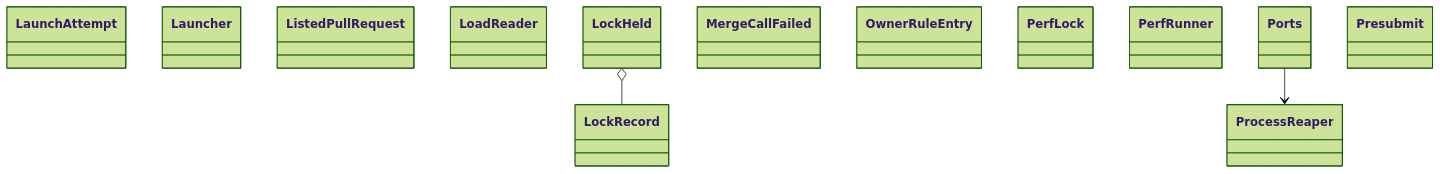
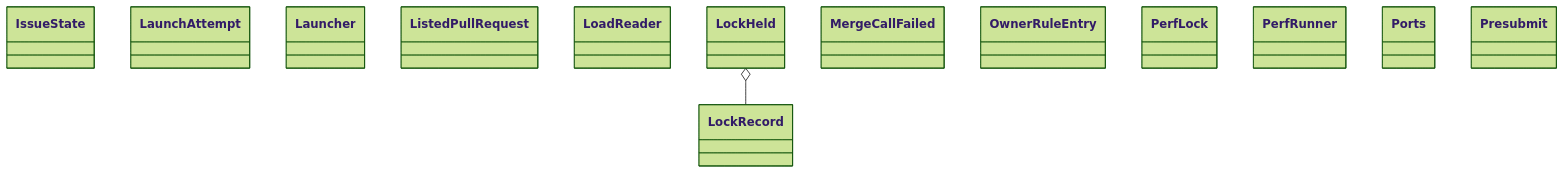
One commit to GonzaloZevallos/agentic-system changed the diagram in docs/architecture/generated/classes-process-application-support-3.md. Above: the diagram before and after it, drawn with Mermaid (forest theme). The commit also changed other lines of this file and 7 other files, not shown here.

Commit message:
Regenerate the architecture docs for the experiment port and the launch arm

````diff
--- a/docs/architecture/generated/classes-process-application-support-3.md
+++ b/docs/architecture/generated/classes-process-application-support-3.md
@@ -16,18 +16,17 @@
 ```mermaid
 classDiagram
+    class ports__IssueState["IssueState"]
     class ports__LaunchAttempt["LaunchAttempt"]
     class ports__Launcher["Launcher"]
     class ports__ListedPullRequest["ListedPullRequest"]
     class ports__LoadReader["LoadReader"]
     class ports__LockHeld["LockHeld"]
     class ports__LockRecord["LockRecord"]
     class ports__MergeCallFailed["MergeCallFailed"]
     class ports__OwnerRuleEntry["OwnerRuleEntry"]
     class ports__PerfLock["PerfLock"]
     class ports__PerfRunner["PerfRunner"]
     class ports__Ports["Ports"]
     class ports__Presubmit["Presubmit"]
-    class ports__ProcessReaper["ProcessReaper"]
     ports__LockHeld o-- ports__LockRecord
-    ports__Ports --> ports__ProcessReaper
 ```
````
